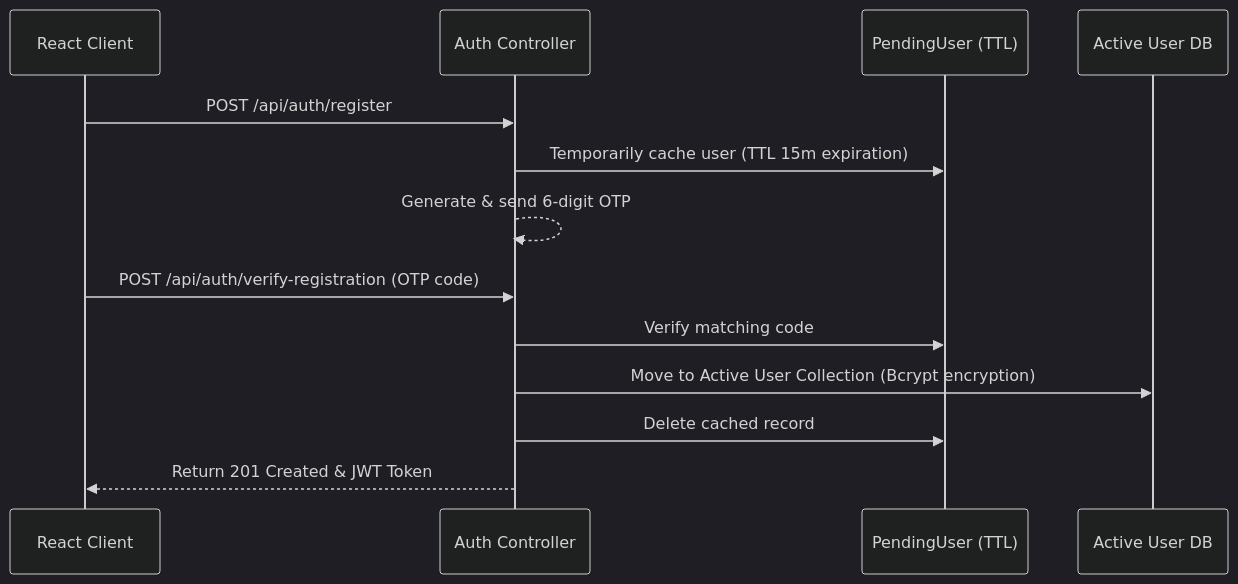
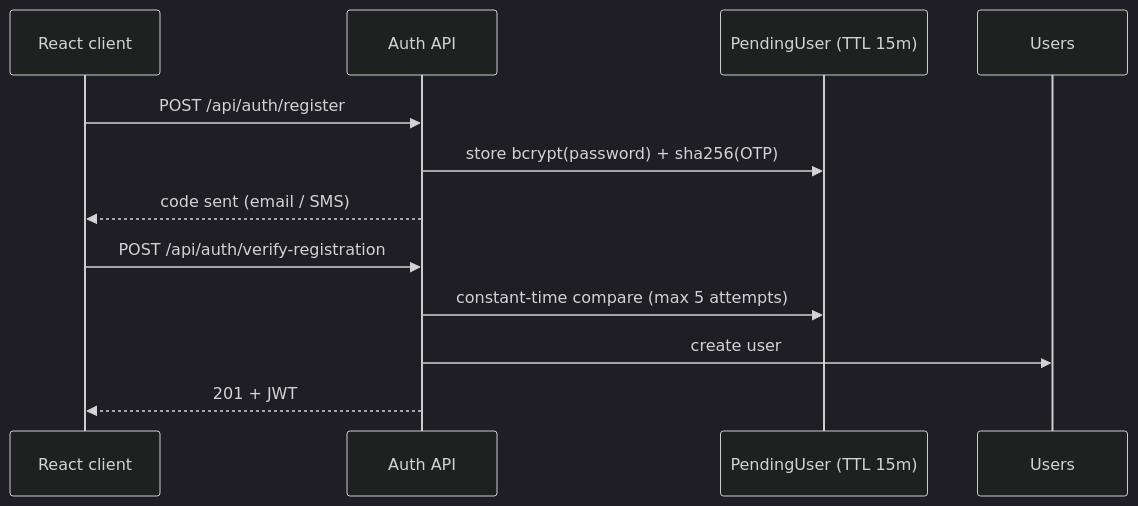
The second of 2 diagrams in README.md (AhsanFayyaz13/MedEasy), drawn with Mermaid (dark theme) before and after one commit. The commit also changed other lines of this file and 4 other files, not shown here.

````diff
--- a/README.md
+++ b/README.md
@@ -39,16 +249,14 @@
 ```mermaid
 sequenceDiagram
-    participant C as React Client
-    participant A as Auth Controller
-    participant P as PendingUser (TTL)
-    participant U as Active User DB
-
+    participant C as React client
+    participant A as Auth API
+    participant P as PendingUser (TTL 15m)
+    participant U as Users
     C->>A: POST /api/auth/register
-    A->>P: Temporarily cache user (TTL 15m expiration)
-    A-->>A: Generate & send 6-digit OTP
-    C->>A: POST /api/auth/verify-registration (OTP code)
-    A->>P: Verify matching code
-    A->>U: Move to Active User Collection (Bcrypt encryption)
-    A->>P: Delete cached record
-    A-->>C: Return 201 Created & JWT Token
+    A->>P: store bcrypt(password) + sha256(OTP)
+    A-->>C: code sent (email / SMS)
+    C->>A: POST /api/auth/verify-registration
+    A->>P: constant-time compare (max 5 attempts)
+    A->>U: create user
+    A-->>C: 201 + JWT
 ```
````
